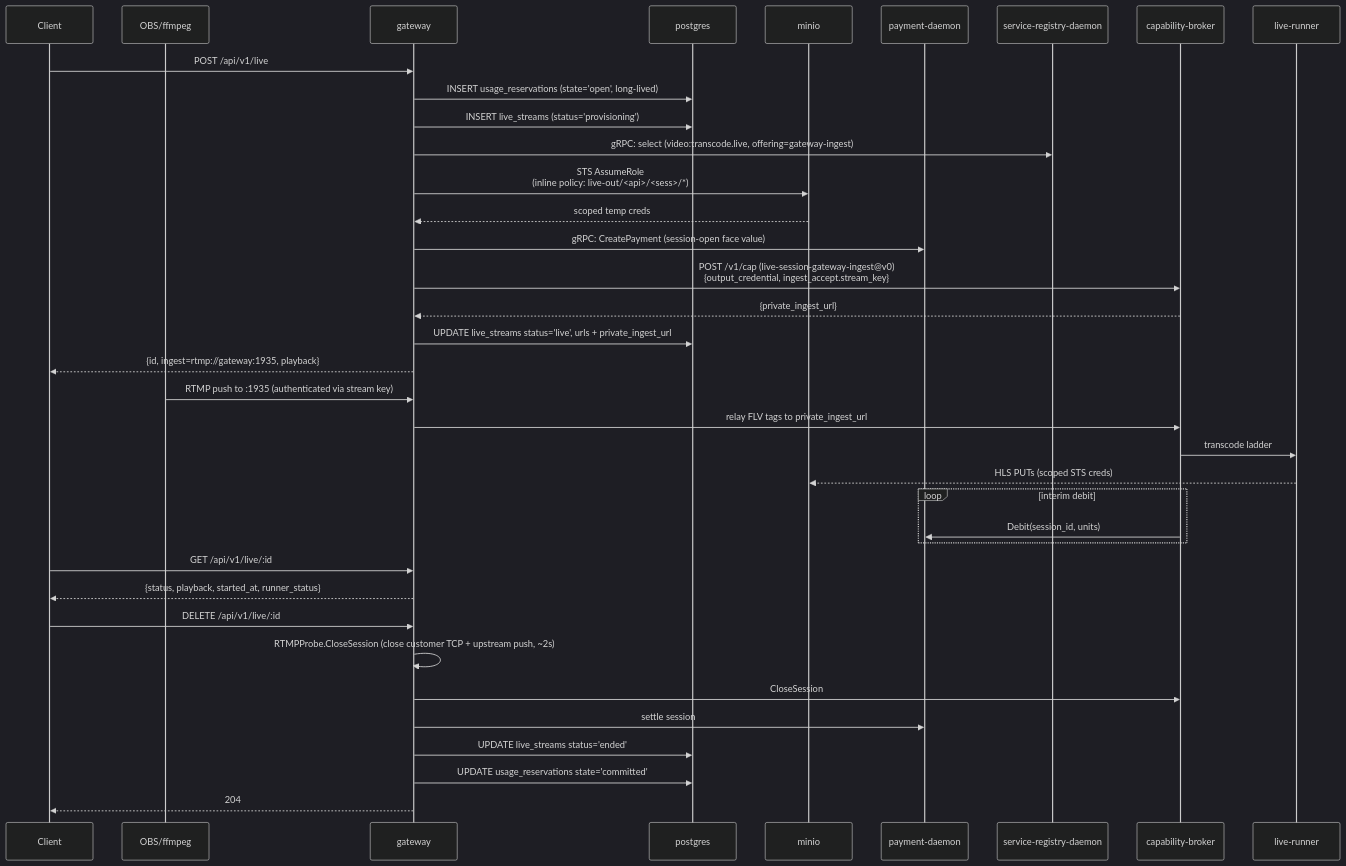
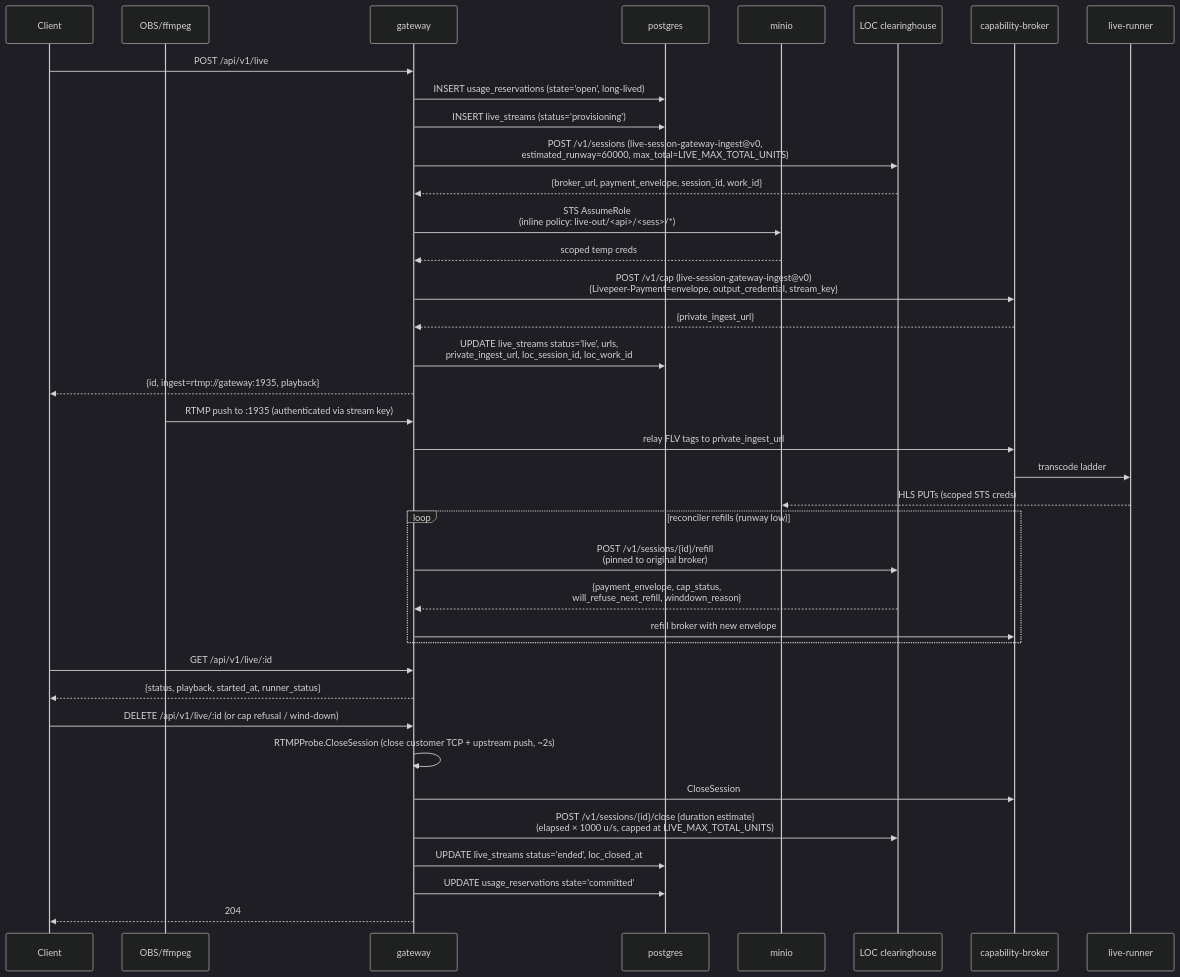
The fourth of 5 diagrams in ARCHITECTURE.md (Cloud-SPE/livepeer-modules-transcode-gateway), drawn with Mermaid (dark theme) before and after one commit. The commit also changed other lines of this file and 59 other files, not shown here.

````diff
--- a/ARCHITECTURE.md
+++ b/ARCHITECTURE.md
@@ -288,43 +306,44 @@
 ```mermaid
 sequenceDiagram
   participant C as Client
   participant OBS as OBS/ffmpeg
   participant GW as gateway
   participant DB as postgres
   participant MIN as minio
-  participant PAY as payment-daemon
-  participant REG as service-registry-daemon
+  participant LOC as LOC clearinghouse
   participant BRK as capability-broker
   participant RUN as live-runner
 
   C->>GW: POST /api/v1/live
   GW->>DB: INSERT usage_reservations (state='open', long-lived)
   GW->>DB: INSERT live_streams (status='provisioning')
-  GW->>REG: gRPC: select (video:transcode.live, offering=gateway-ingest)
+  GW->>LOC: POST /v1/sessions (live-session-gateway-ingest@v0,<br/>estimated_runway=60000, max_total=LIVE_MAX_TOTAL_UNITS)
+  LOC-->>GW: {broker_url, payment_envelope, session_id, work_id}
   GW->>MIN: STS AssumeRole<br/>(inline policy: live-out/<api>/<sess>/*)
   MIN-->>GW: scoped temp creds
-  GW->>PAY: gRPC: CreatePayment (session-open face value)
-  GW->>BRK: POST /v1/cap (live-session-gateway-ingest@v0)<br/>{output_credential, ingest_accept.stream_key}
+  GW->>BRK: POST /v1/cap (live-session-gateway-ingest@v0)<br/>{Livepeer-Payment=envelope, output_credential, stream_key}
   BRK-->>GW: {private_ingest_url}
-  GW->>DB: UPDATE live_streams status='live', urls + private_ingest_url
+  GW->>DB: UPDATE live_streams status='live', urls,<br/>private_ingest_url, loc_session_id, loc_work_id
   GW-->>C: {id, ingest=rtmp://gateway:1935, playback}
 
   OBS->>GW: RTMP push to :1935 (authenticated via stream key)
   GW->>BRK: relay FLV tags to private_ingest_url
   BRK->>RUN: transcode ladder
   RUN-->>MIN: HLS PUTs (scoped STS creds)
-  loop interim debit
-    BRK->>PAY: Debit(session_id, units)
+  loop reconciler refills (runway low)
+    GW->>LOC: POST /v1/sessions/{id}/refill<br/>(pinned to original broker)
+    LOC-->>GW: {payment_envelope, cap_status,<br/>will_refuse_next_refill, winddown_reason}
+    GW->>BRK: refill broker with new envelope
   end
 
   C->>GW: GET /api/v1/live/:id
   GW-->>C: {status, playback, started_at, runner_status}
 
-  C->>GW: DELETE /api/v1/live/:id
+  C->>GW: DELETE /api/v1/live/:id (or cap refusal / wind-down)
   GW->>GW: RTMPProbe.CloseSession (close customer TCP + upstream push, ~2s)
   GW->>BRK: CloseSession
-  GW->>PAY: settle session
-  GW->>DB: UPDATE live_streams status='ended'
+  GW->>LOC: POST /v1/sessions/{id}/close {duration estimate}<br/>(elapsed × 1000 u/s, capped at LIVE_MAX_TOTAL_UNITS)
+  GW->>DB: UPDATE live_streams status='ended', loc_closed_at
   GW->>DB: UPDATE usage_reservations state='committed'
   GW-->>C: 204
 ```
````
